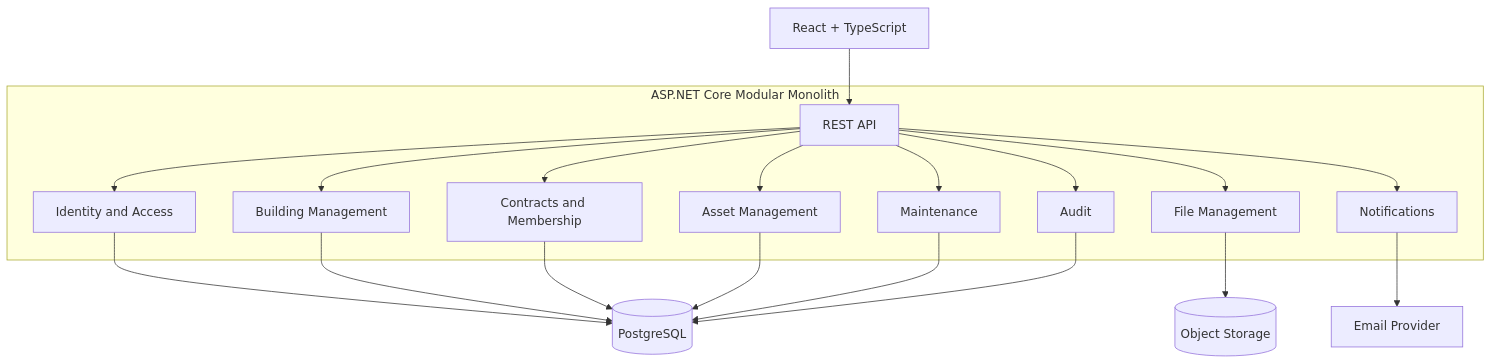
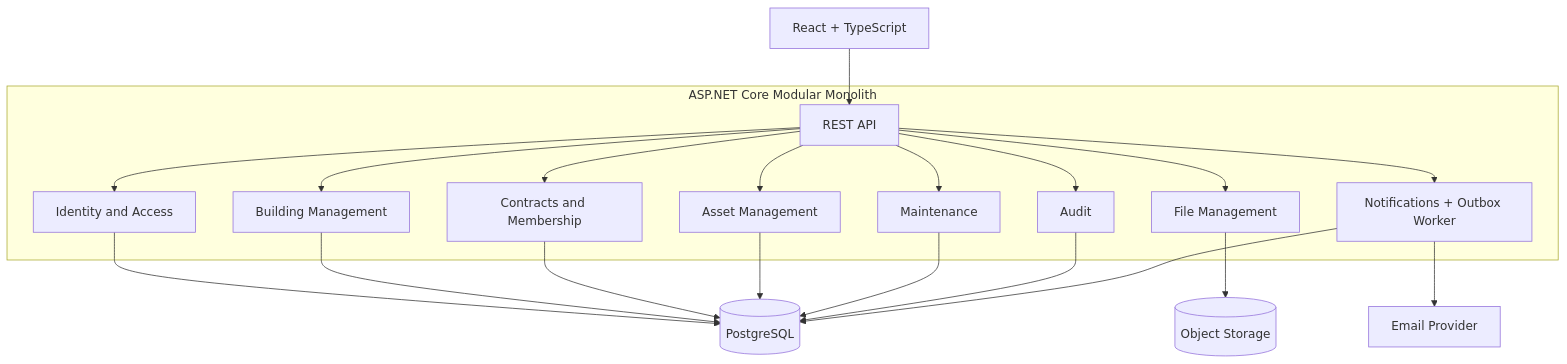
The second of 2 diagrams in docs/mvp1/architecture.md (soheilamiri/BlueSky), drawn with Mermaid before and after one commit. The commit also changed other lines of this file, not shown here.

Commit message:
docs: align MVP1 architecture with approved notification workflow

```diff
--- a/docs/mvp1/architecture.md
+++ b/docs/mvp1/architecture.md
@@ -123,35 +127,36 @@
 ~~~mermaid
 flowchart TB
     Browser[React + TypeScript]
     subgraph Backend[ASP.NET Core Modular Monolith]
         API[REST API]
         ID[Identity and Access]
         BUILD[Building Management]
         CONTRACT[Contracts and Membership]
         ASSET[Asset Management]
         MAINT[Maintenance]
         FILE[File Management]
-        NOTIFY[Notifications]
+        NOTIFY[Notifications + Outbox Worker]
         AUDIT[Audit]
         API --> ID
         API --> BUILD
         API --> CONTRACT
         API --> ASSET
         API --> MAINT
         API --> FILE
         API --> NOTIFY
         API --> AUDIT
     end
     DB[(PostgreSQL)]
     STORE[(Object Storage)]
     EMAIL[Email Provider]
     Browser --> API
     ID --> DB
     BUILD --> DB
     CONTRACT --> DB
     ASSET --> DB
     MAINT --> DB
     AUDIT --> DB
     FILE --> STORE
+    NOTIFY --> DB
     NOTIFY --> EMAIL
 ~~~
```
